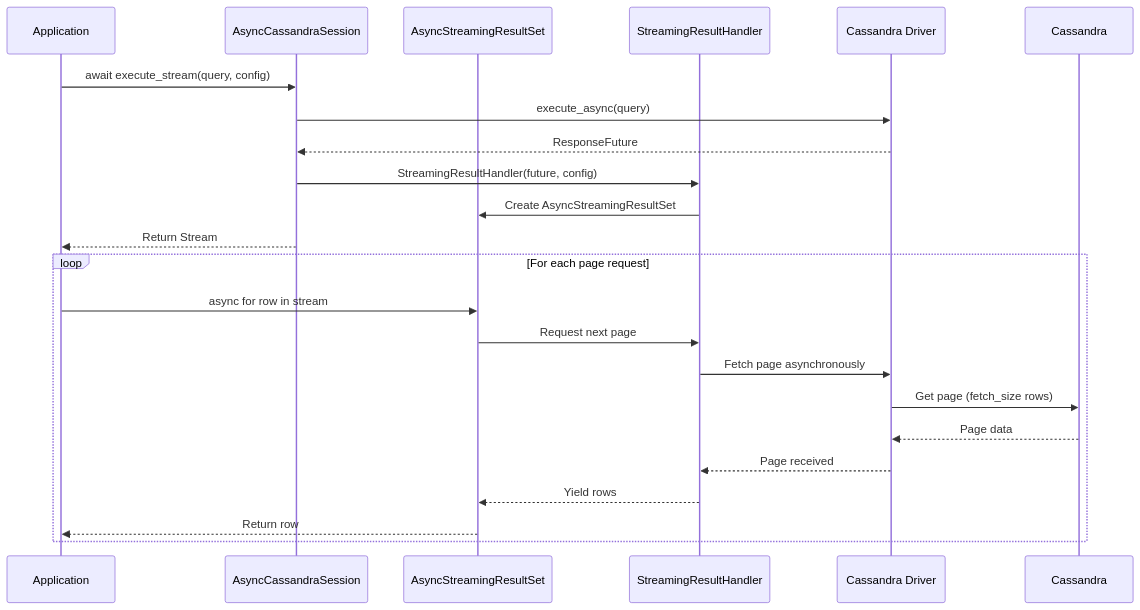
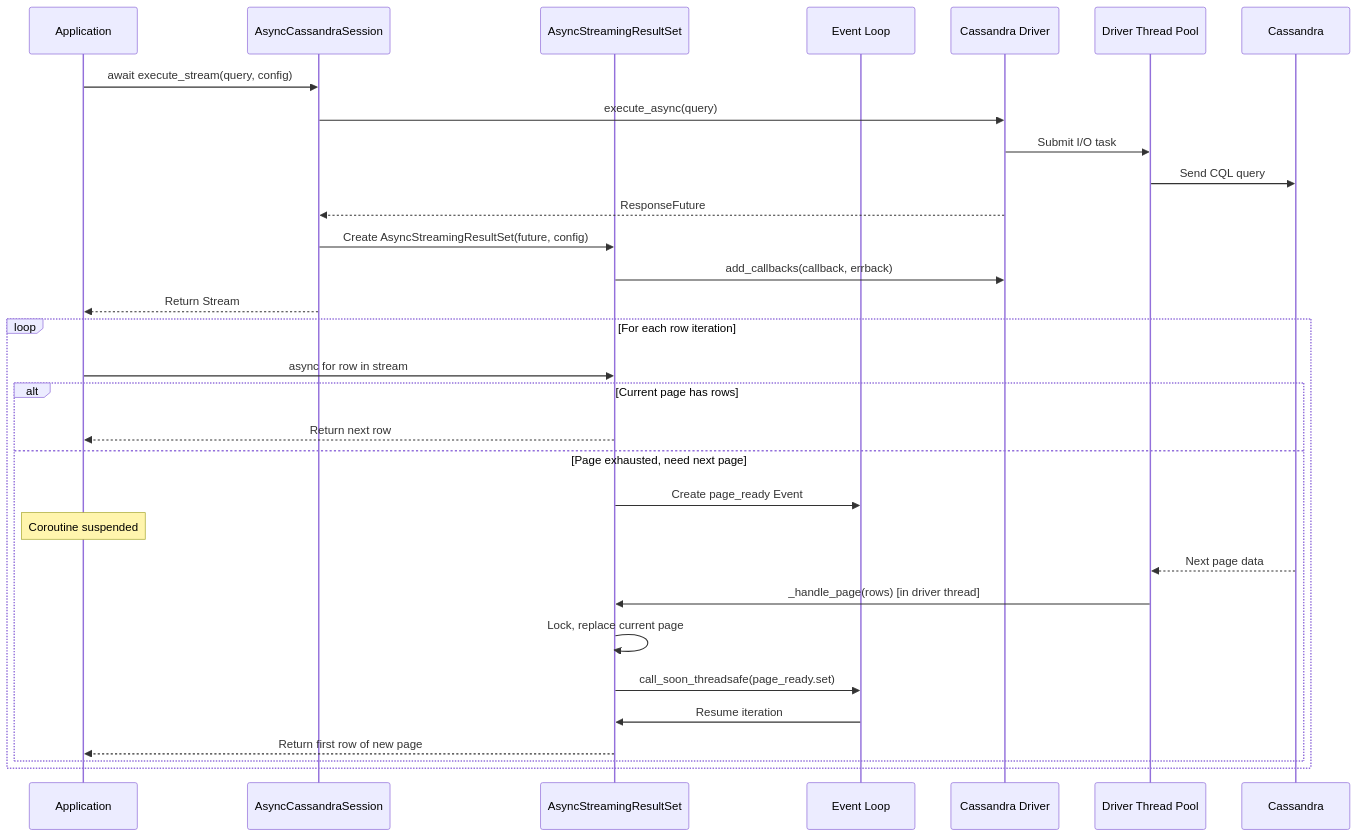
Before and after one commit to axonops/async-python-cassandra-client: the fourth of 4 diagrams in docs/architecture.md, drawn with Mermaid. The commit also changed other lines of this file and 1 other file, not shown here.

Commit message:
updating streaming and architecture docs

````diff
--- a/docs/architecture.md
+++ b/docs/architecture.md
@@ -119,27 +230,35 @@
 ```mermaid
 sequenceDiagram
     participant App as Application
     participant Session as AsyncCassandraSession
     participant Stream as AsyncStreamingResultSet
-    participant Handler as StreamingResultHandler
+    participant EventLoop as Event Loop
     participant Driver as Cassandra Driver
+    participant ThreadPool as Driver Thread Pool
     participant DB as Cassandra
 
     App->>Session: await execute_stream(query, config)
     Session->>Driver: execute_async(query)
+    Driver->>ThreadPool: Submit I/O task
+    ThreadPool->>DB: Send CQL query
     Driver-->>Session: ResponseFuture
-    Session->>Handler: StreamingResultHandler(future, config)
-    Handler->>Stream: Create AsyncStreamingResultSet
+    Session->>Stream: Create AsyncStreamingResultSet(future, config)
+    Stream->>Driver: add_callbacks(callback, errback)
     Session-->>App: Return Stream
 
-    loop For each page request
+    loop For each row iteration
         App->>Stream: async for row in stream
-        Stream->>Handler: Request next page
-        Handler->>Driver: Fetch page asynchronously
-        Driver->>DB: Get page (fetch_size rows)
-        DB-->>Driver: Page data
-        Driver-->>Handler: Page received
-        Handler-->>Stream: Yield rows
-        Stream-->>App: Return row
+        alt Current page has rows
+            Stream-->>App: Return next row
+        else Page exhausted, need next page
+            Stream->>EventLoop: Create page_ready Event
+            Note over App: Coroutine suspended
+            DB-->>ThreadPool: Next page data
+            ThreadPool->>Stream: _handle_page(rows) [in driver thread]
+            Stream->>Stream: Lock, replace current page
+            Stream->>EventLoop: call_soon_threadsafe(page_ready.set)
+            EventLoop->>Stream: Resume iteration
+            Stream-->>App: Return first row of new page
+        end
     end
 ```
````
